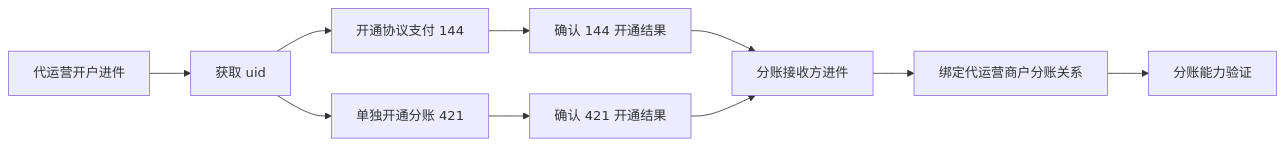
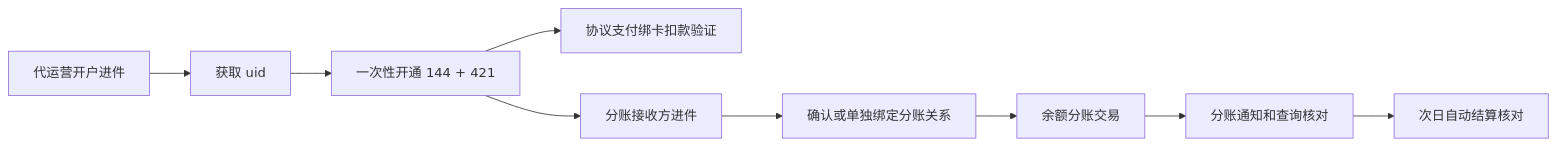
One commit to hhhope/kapathy-wiki-workflow-kit changed the diagram in wiki/reports/agent-merchant-144-421-access-guide.md. Above: the diagram before and after it, drawn with Mermaid. The commit also changed other lines of this file and 2 other files, not shown here.

````diff
--- a/wiki/reports/agent-merchant-144-421-access-guide.md
+++ b/wiki/reports/agent-merchant-144-421-access-guide.md
@@ -35,12 +41,11 @@
 ```mermaid
 flowchart LR
   A[代运营开户进件] --> B[获取 uid]
-  B --> C[开通协议支付 144]
-  B --> D[单独开通分账 421]
-  C --> E[确认 144 开通结果]
-  D --> F[确认 421 开通结果]
-  E --> G[分账接收方进件]
-  F --> G
-  G --> H[绑定代运营商户分账关系]
-  H --> I[分账能力验证]
+  B --> C[一次性开通 144 + 421]
+  C --> D[协议支付绑卡扣款验证]
+  C --> E[分账接收方进件]
+  E --> F[确认或单独绑定分账关系]
+  F --> G[余额分账交易]
+  G --> H[分账通知和查询核对]
+  H --> I[次日自动结算核对]
 ```
````
